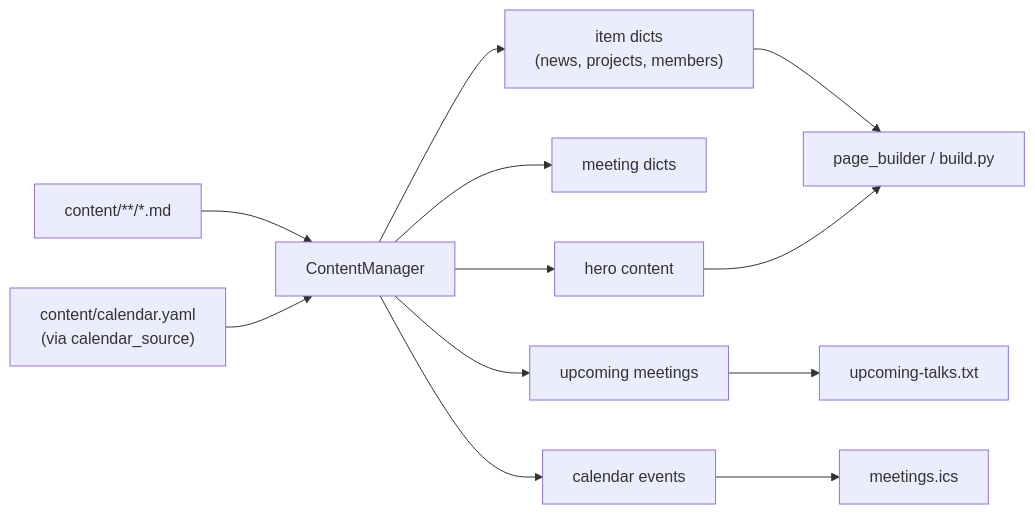
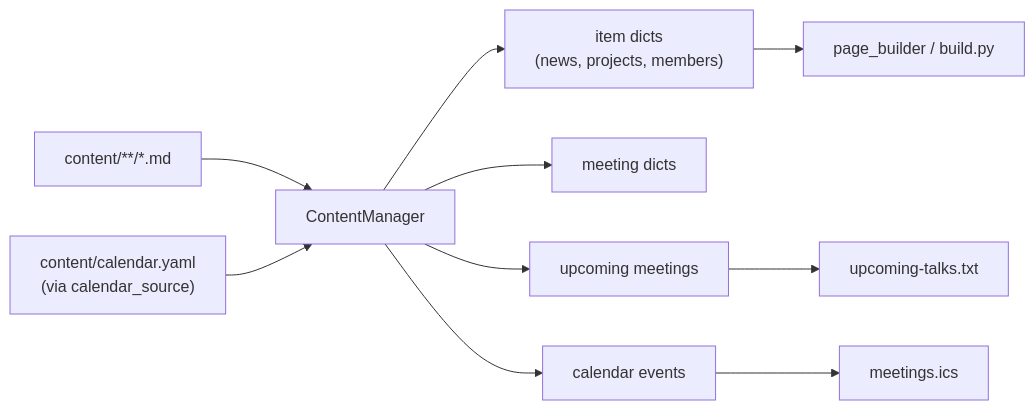
The first of 2 diagrams in process/01-literate/04-content_manager.md (Boston-Robot-Hackers/brh-website-2), drawn with Mermaid before and after one commit. The commit also changed other lines of this file and 38 other files, not shown here.

````diff
--- a/process/01-literate/04-content_manager.md
+++ b/process/01-literate/04-content_manager.md
@@ -20,14 +20,12 @@
 ```mermaid
 flowchart LR
     MD["content/**/*.md"] --> CM["ContentManager"]
     Y["content/calendar.yaml<br/>(via calendar_source)"] --> CM
     CM --> I["item dicts<br/>(news, projects, members)"]
     CM --> M["meeting dicts"]
-    CM --> H["hero content"]
     CM --> U["upcoming meetings"]
     CM --> E["calendar events"]
     I --> PB["page_builder / build.py"]
-    H --> PB
     U --> TXT["upcoming-talks.txt"]
     E --> ICS["meetings.ics"]
 ```
````
